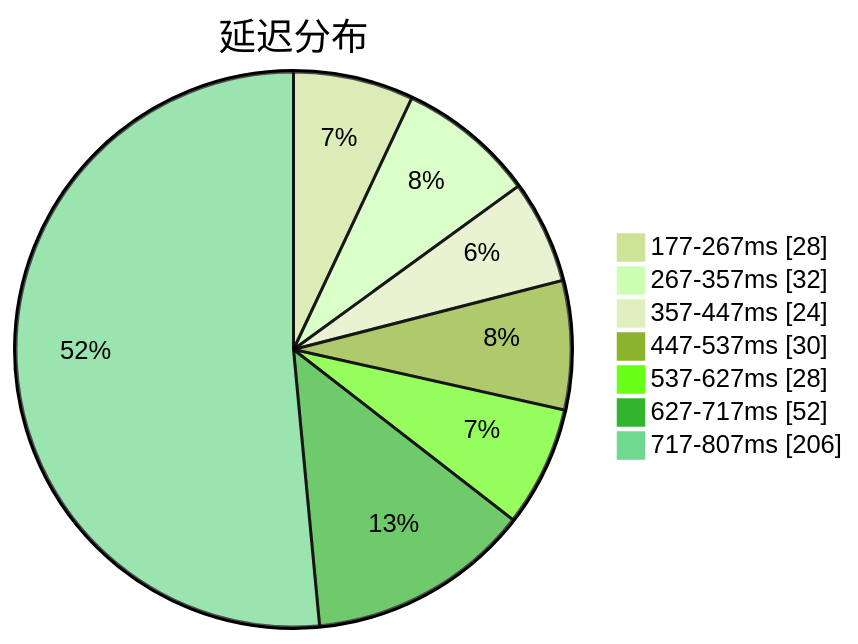
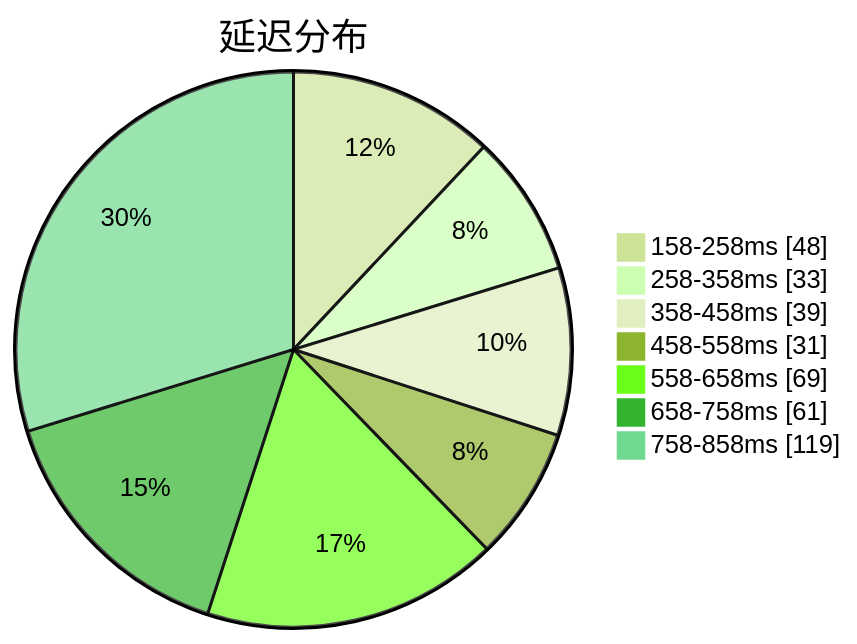
Before and after one commit to qjlxg/airport: the first of 3 diagrams in subs/statistics/tested_within.md, drawn with Mermaid (forest theme). The commit also changed other lines of this file and 2 other files, not shown here.

Commit message:
Tested by metaST

````diff
--- a/subs/statistics/tested_within.md
+++ b/subs/statistics/tested_within.md
@@ -2,11 +2,11 @@
 ```mermaid
 pie showData
 title 延迟分布
-"177-267ms" : 28
-"267-357ms" : 32
-"357-447ms" : 24
-"447-537ms" : 30
-"537-627ms" : 28
-"627-717ms" : 52
-"717-807ms" : 206
+"158-258ms" : 48
+"258-358ms" : 33
+"358-458ms" : 39
+"458-558ms" : 31
+"558-658ms" : 69
+"658-758ms" : 61
+"758-858ms" : 119
 ```
````
